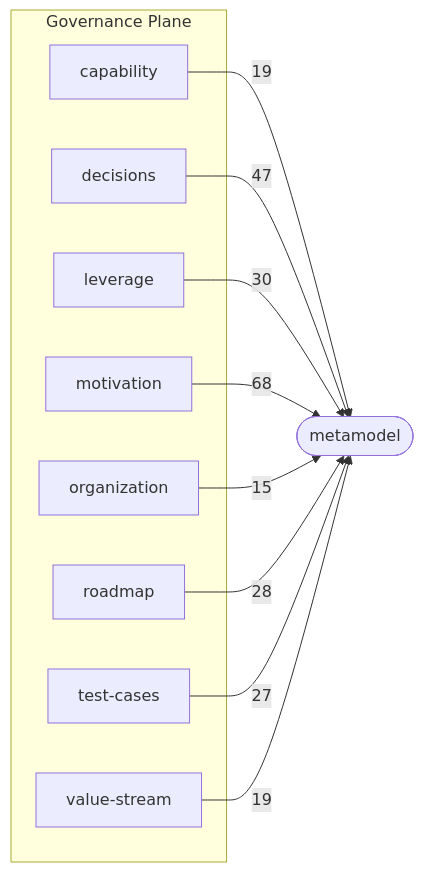
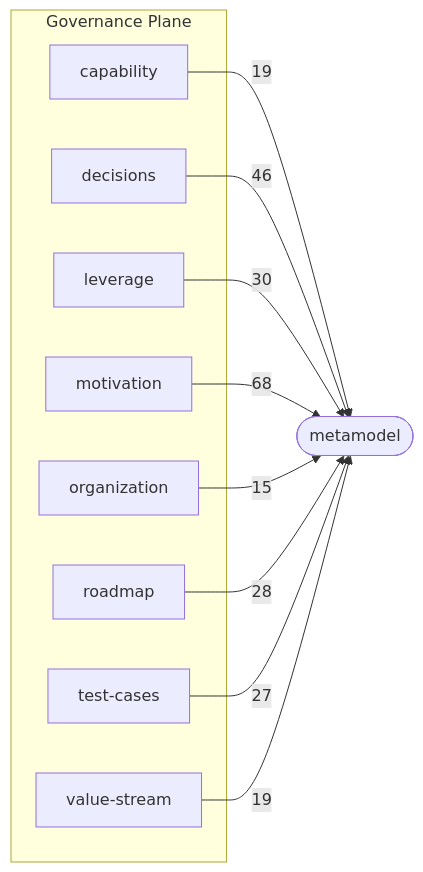
Before and after one commit to Archally/blueprint-schema: the third of 3 diagrams in docs/schema-atlas/v2.7/layer-map.md, drawn with Mermaid. The commit also changed other lines of this file and 9 other files, not shown here.

Commit message:
v2.7.9: domain_ref on a bounded context, render manifest schema, regenerated atlas

````diff
--- a/docs/schema-atlas/v2.7/layer-map.md
+++ b/docs/schema-atlas/v2.7/layer-map.md
@@ -132,22 +134,22 @@
 ```mermaid
 graph LR
     subgraph governance_plane["Governance Plane"]
         governance_capability_schema_yaml["capability"]
         governance_decisions_schema_yaml["decisions"]
         governance_leverage_schema_yaml["leverage"]
         governance_motivation_schema_yaml["motivation"]
         governance_organization_schema_yaml["organization"]
         governance_roadmap_schema_yaml["roadmap"]
         governance_test_cases_schema_yaml["test-cases"]
         governance_value_stream_schema_yaml["value-stream"]
     end
     metamodel_schema_yaml(["metamodel"])
     governance_capability_schema_yaml -->|19| metamodel_schema_yaml
-    governance_decisions_schema_yaml -->|47| metamodel_schema_yaml
+    governance_decisions_schema_yaml -->|46| metamodel_schema_yaml
     governance_leverage_schema_yaml -->|30| metamodel_schema_yaml
     governance_motivation_schema_yaml -->|68| metamodel_schema_yaml
     governance_organization_schema_yaml -->|15| metamodel_schema_yaml
     governance_roadmap_schema_yaml -->|28| metamodel_schema_yaml
     governance_test_cases_schema_yaml -->|27| metamodel_schema_yaml
     governance_value_stream_schema_yaml -->|19| metamodel_schema_yaml
 ```
````
